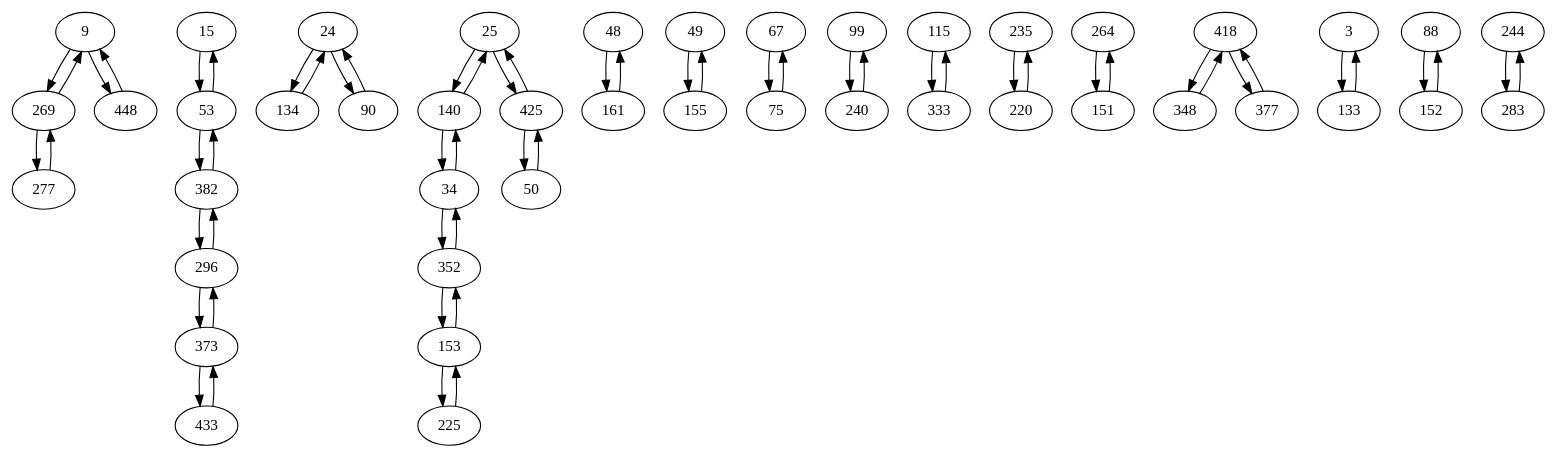
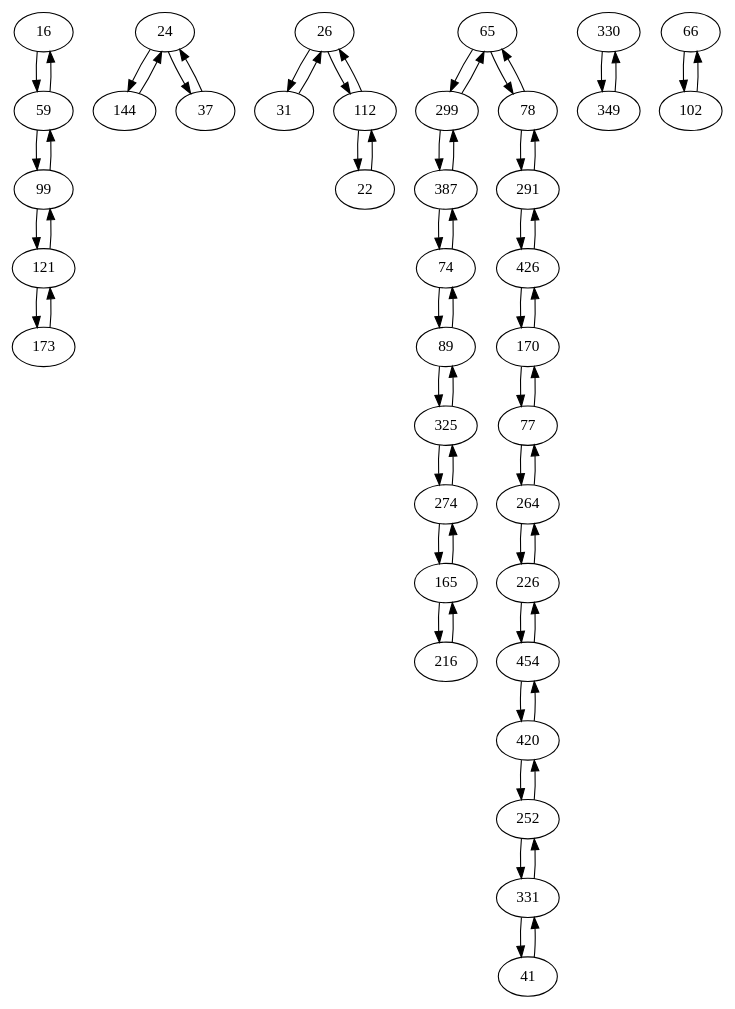
One commit to AuCson/Genome-Assembly-Implementation changed the diagram in external/dbg2olc/CleanedBestOverlapGraphWithTies.dot. Above: the diagram before and after it, drawn with Graphviz. The commit also changed 105 other files, not shown here.

```diff
--- a/external/dbg2olc/CleanedBestOverlapGraphWithTies.dot
+++ b/external/dbg2olc/CleanedBestOverlapGraphWithTies.dot
@@ -1,60 +1,64 @@
 digraph G {
-9 -> 269;
-15 -> 53;
-24 -> 134;
-25 -> 140;
-34 -> 352;
-48 -> 161;
-49 -> 155;
-50 -> 425;
-53 -> 15;
-67 -> 75;
-75 -> 67;
-99 -> 240;
-115 -> 333;
-134 -> 24;
-140 -> 34;
-153 -> 352;
-155 -> 49;
-225 -> 153;
-235 -> 220;
-240 -> 99;
-264 -> 151;
-269 -> 9;
-277 -> 269;
-296 -> 382;
-333 -> 115;
-352 -> 153;
-373 -> 296;
-382 -> 53;
-418 -> 348;
-425 -> 25;
-433 -> 373;
-3 -> 133;
-9 -> 448;
-24 -> 90;
-25 -> 425;
-34 -> 140;
-53 -> 382;
-88 -> 152;
-90 -> 24;
-133 -> 3;
-140 -> 25;
-151 -> 264;
-152 -> 88;
-153 -> 225;
-161 -> 48;
-220 -> 235;
-244 -> 283;
-269 -> 277;
-283 -> 244;
-296 -> 373;
-348 -> 418;
-352 -> 34;
-373 -> 433;
-377 -> 418;
-382 -> 296;
-418 -> 377;
-425 -> 50;
-448 -> 9;
+16 -> 59;
+24 -> 144;
+26 -> 31;
+59 -> 16;
+65 -> 299;
+74 -> 89;
+77 -> 170;
+78 -> 291;
+89 -> 325;
+99 -> 59;
+112 -> 26;
+121 -> 173;
+165 -> 274;
+170 -> 426;
+216 -> 165;
+226 -> 264;
+252 -> 420;
+264 -> 226;
+274 -> 325;
+291 -> 78;
+299 -> 387;
+325 -> 274;
+330 -> 349;
+331 -> 252;
+387 -> 299;
+420 -> 454;
+426 -> 170;
+454 -> 226;
+22 -> 112;
+24 -> 37;
+26 -> 112;
+31 -> 26;
+37 -> 24;
+41 -> 331;
+59 -> 99;
+65 -> 78;
+66 -> 102;
+74 -> 387;
+77 -> 264;
+78 -> 65;
+89 -> 74;
+99 -> 121;
+102 -> 66;
+112 -> 22;
+121 -> 99;
+144 -> 24;
+165 -> 216;
+170 -> 77;
+173 -> 121;
+226 -> 454;
+252 -> 331;
+264 -> 77;
+274 -> 165;
+291 -> 426;
+299 -> 65;
+325 -> 89;
+331 -> 41;
+349 -> 330;
+387 -> 74;
+420 -> 252;
+426 -> 291;
+454 -> 420;
 }
```
